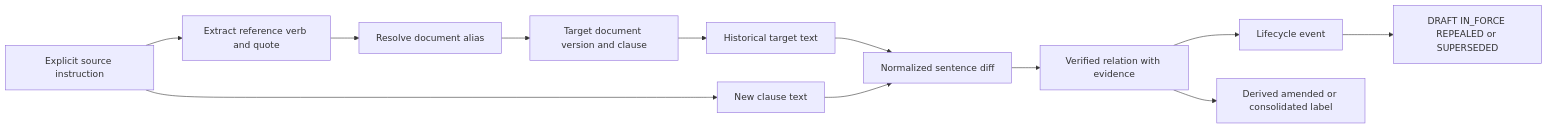
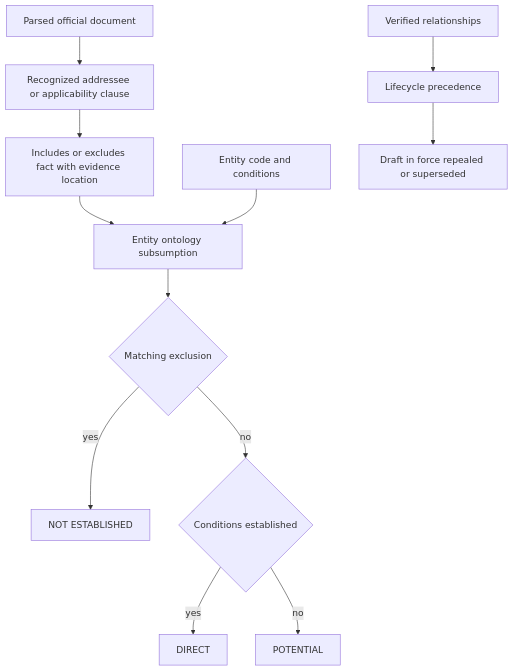
One commit to arnav7897/RAAY changed the fourth of 5 diagrams in flow.md. Above: the diagram before and after it, drawn with Mermaid. The commit also changed other lines of this file and 46 other files, not shown here.

Commit message:
Phase 4 - Gemini structured output and local clause/quote validation. - Fallback diagnostics and the timeout conversion fix.

````diff
--- a/flow.md
+++ b/flow.md
@@ -139,14 +145,15 @@
 ```mermaid
-flowchart LR
-  SRC[Explicit source instruction] --> EXT[Extract reference verb and quote]
-  EXT --> ALI[Resolve document alias]
-  ALI --> TGT[Target document version and clause]
-  SRC --> NEW[New clause text]
-  TGT --> OLD[Historical target text]
-  OLD --> DIF[Normalized sentence diff]
-  NEW --> DIF
-  DIF --> REC[Verified relation with evidence]
-  REC --> EVT[Lifecycle event]
-  EVT --> STA[DRAFT IN_FORCE REPEALED or SUPERSEDED]
-  REC --> LAB[Derived amended or consolidated label]
+flowchart TD
+  DOC[Parsed official document] --> ADDR[Recognized addressee or applicability clause]
+  ADDR --> FACT[Includes or excludes fact with evidence location]
+  FACT --> ONT[Entity ontology subsumption]
+  PROFILE[Entity code and conditions] --> ONT
+  ONT --> EX{Matching exclusion}
+  EX -- yes --> NO[NOT ESTABLISHED]
+  EX -- no --> COND{Conditions established}
+  COND -- yes --> DIRECT[DIRECT]
+  COND -- no --> POTENTIAL[POTENTIAL]
+
+  REL[Verified relationships] --> LIFE[Lifecycle precedence]
+  LIFE --> STATE[Draft in force repealed or superseded]
 ```
````
